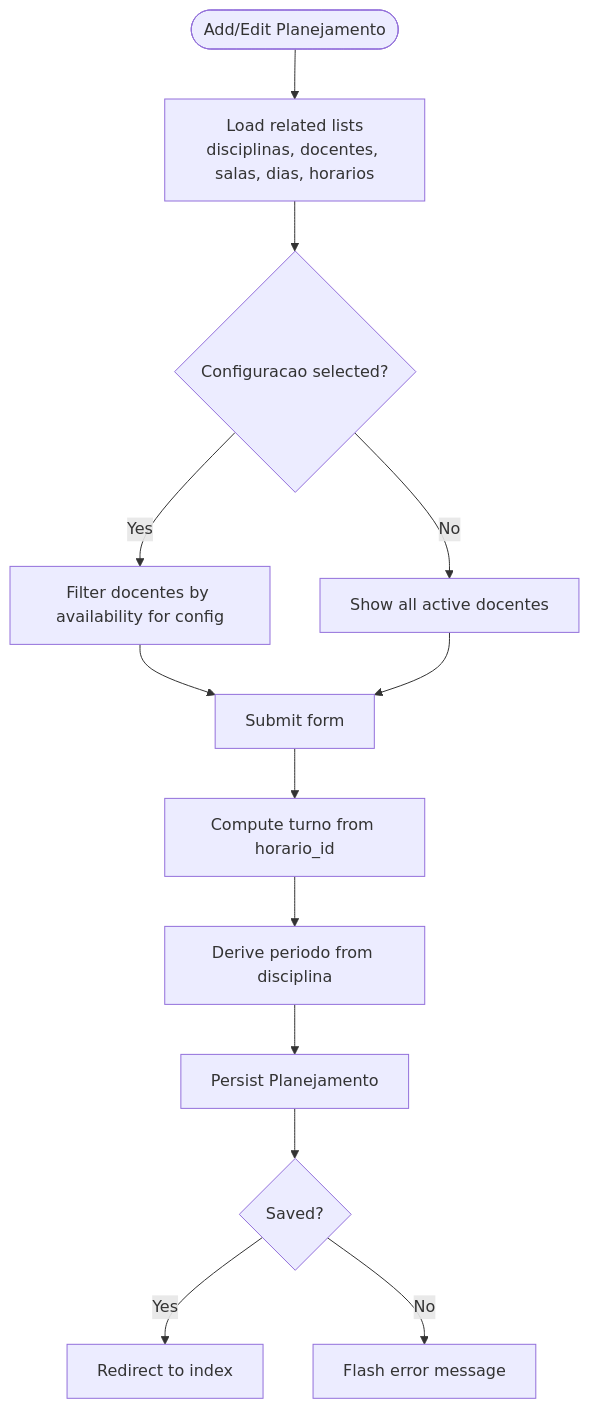
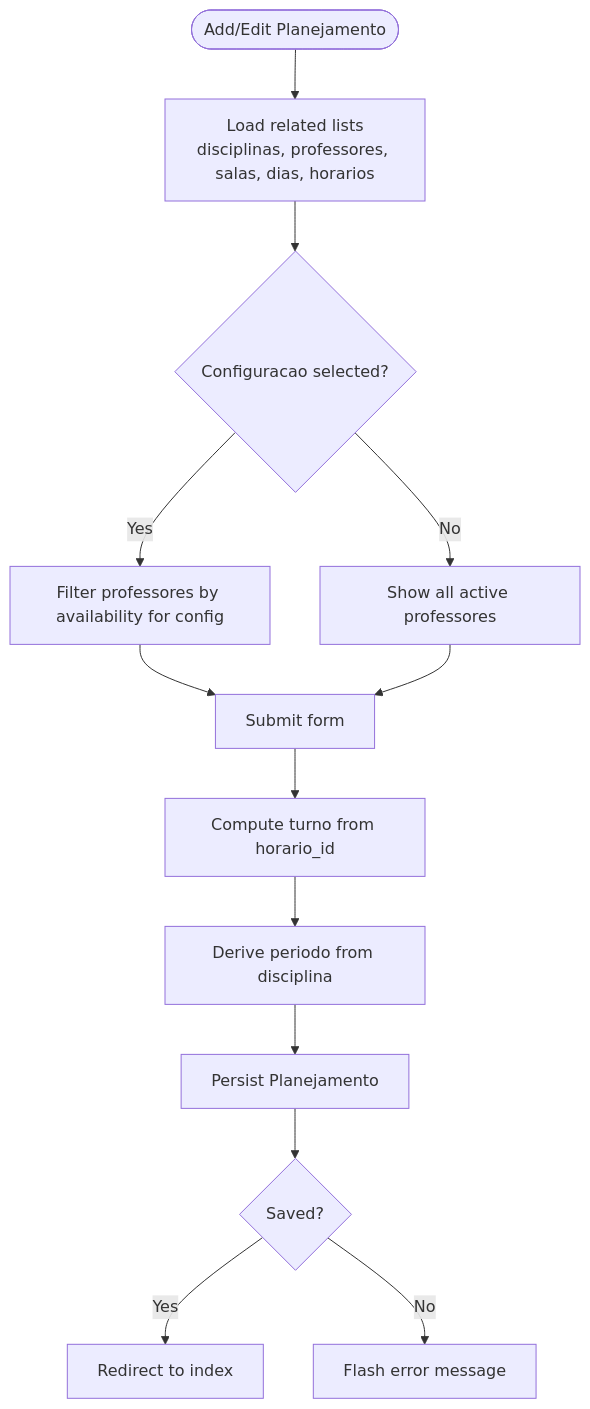
Before and after one commit to luiseduacosta/planejamento5: the third of 7 diagrams in .qoder/repowiki/en/content/Project Overview/Core Features Overview/Core Features Overview.md, drawn with Mermaid. The commit also changed other lines of this file and 37 other files, not shown here.

Commit message:
repowiki: rename Docentes → Professores in metadata

````diff
--- a/.qoder/repowiki/en/content/Project Overview/Core Features Overview/Core Features Overview.md
+++ b/.qoder/repowiki/en/content/Project Overview/Core Features Overview/Core Features Overview.md
@@ -136,15 +136,15 @@
 ```mermaid
 flowchart TD
-Start(["Add/Edit Planejamento"]) --> LoadRelated["Load related lists<br/>disciplinas, docentes, salas, dias, horarios"]
-LoadRelated --> FilterDocentes{"Configuracao selected?"}
-FilterDocentes --> |Yes| AvailFilter["Filter docentes by availability for config"]
-FilterDocentes --> |No| AllDocentes["Show all active docentes"]
+Start(["Add/Edit Planejamento"]) --> LoadRelated["Load related lists<br/>disciplinas, professores, salas, dias, horarios"]
+LoadRelated --> FilterProfessores{"Configuracao selected?"}
+FilterProfessores --> |Yes| AvailFilter["Filter professores by availability for config"]
+FilterProfessores --> |No| AllProfessores["Show all active professores"]
 AvailFilter --> SubmitForm["Submit form"]
-AllDocentes --> SubmitForm
+AllProfessores --> SubmitForm
 SubmitForm --> ComputeTurno["Compute turno from horario_id"]
 ComputeTurno --> ComputePeriodo["Derive periodo from disciplina"]
 ComputePeriodo --> Save["Persist Planejamento"]
 Save --> Success{"Saved?"}
 Success --> |Yes| RedirectIndex["Redirect to index"]
 Success --> |No| ShowError["Flash error message"]
 ```
````
